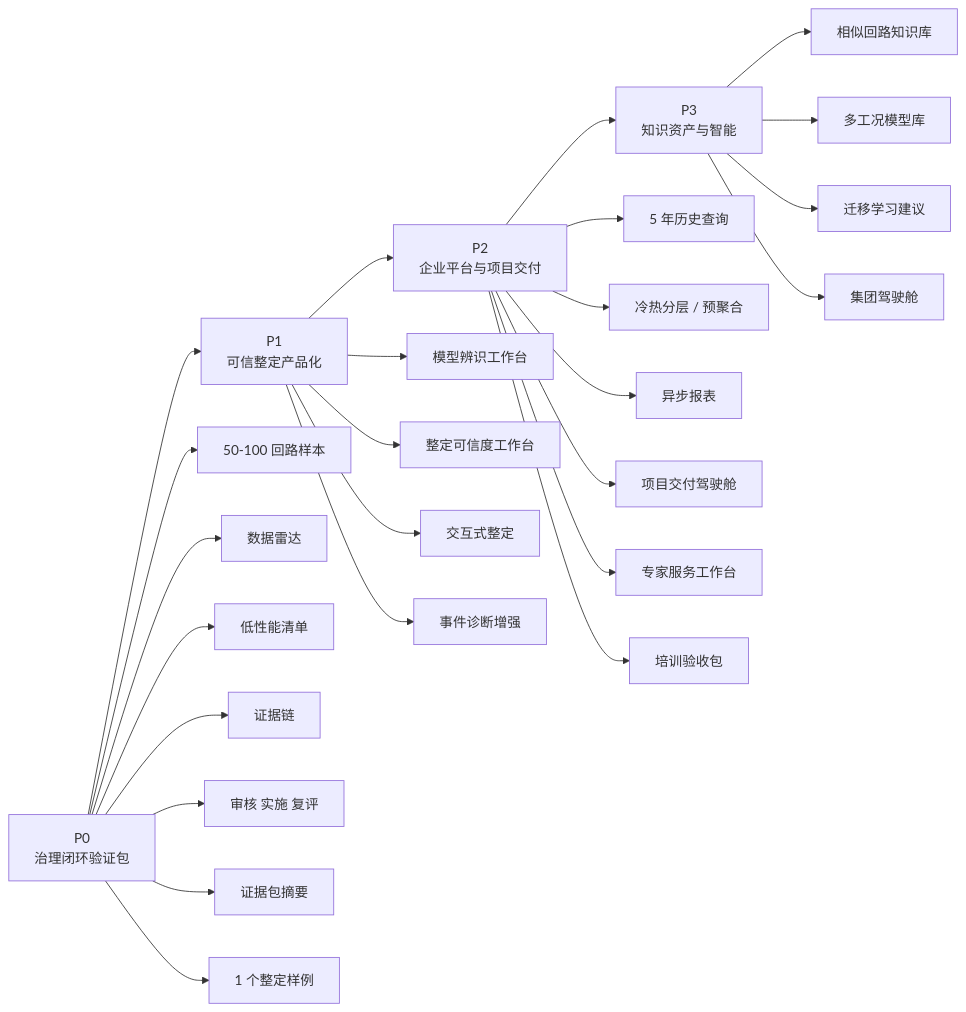
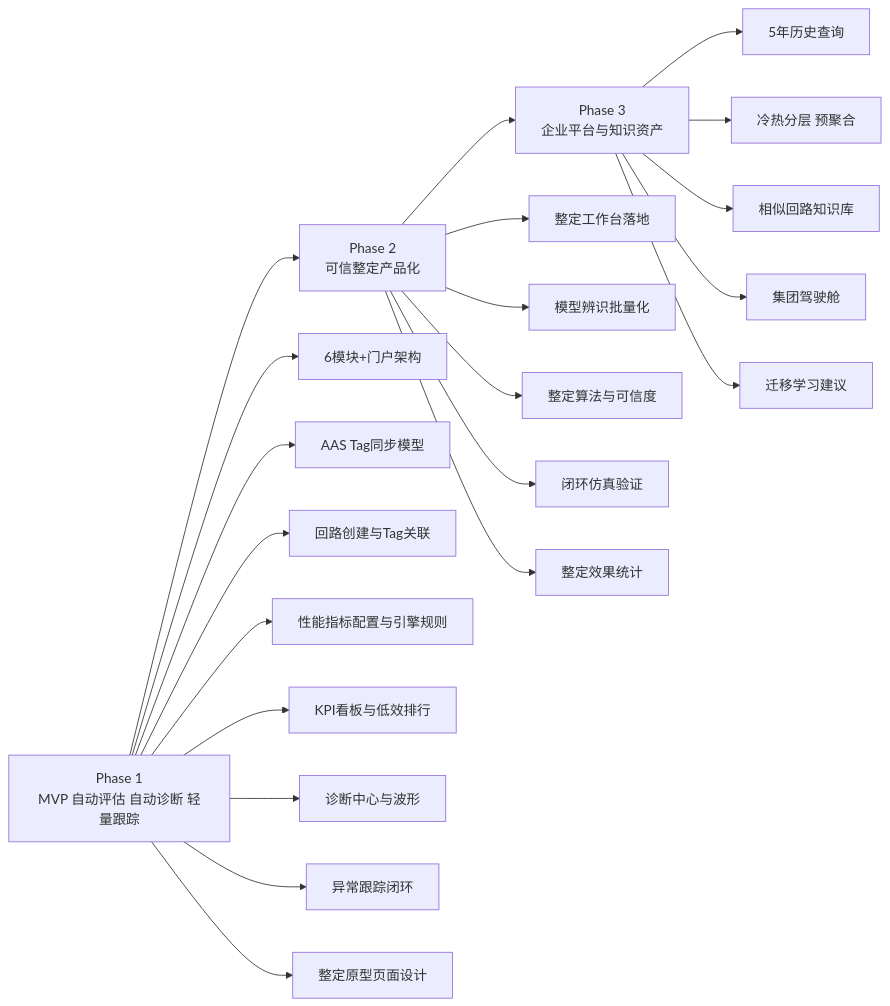
Before and after one commit to hlszp/CLPM-MVP: the diagram in diagrams/clpm-version-roadmap.mmd, drawn with Mermaid. The commit also changed 33 other files, not shown here.

First line of the commit message:
docs: redraw architecture diagrams to v3.0/v4.0 baseline

```diff
--- a/diagrams/clpm-version-roadmap.mmd
+++ b/diagrams/clpm-version-roadmap.mmd
@@ -1,29 +1,25 @@
+%% 版本路线图（对齐 v3.0/v4.0 基线，2026-06-21）
 graph LR
-    A[P0\n治理闭环验证包] --> B[P1\n可信整定产品化]
-    B --> C[P2\n企业平台与项目交付]
-    C --> D[P3\n知识资产与智能]
+    A[Phase 1\nMVP 自动评估 自动诊断 轻量跟踪] --> B[Phase 2\n可信整定产品化]
+    B --> C[Phase 3\n企业平台与知识资产]
 
-    A --> A1[50-100 回路样本]
-    A --> A2[数据雷达]
-    A --> A3[低性能清单]
-    A --> A4[证据链]
-    A --> A5[审核 实施 复评]
-    A --> A6[证据包摘要]
-    A --> A7[1 个整定样例]
+    A --> A1[6模块+门户架构]
+    A --> A2[AAS Tag同步模型]
+    A --> A3[回路创建与Tag关联]
+    A --> A4[性能指标配置与引擎规则]
+    A --> A5[KPI看板与低效排行]
+    A --> A6[诊断中心与波形]
+    A --> A7[异常跟踪闭环]
+    A --> A8[整定原型页面设计]
 
-    B --> B1[模型辨识工作台]
-    B --> B2[整定可信度工作台]
-    B --> B3[交互式整定]
-    B --> B4[事件诊断增强]
+    B --> B1[整定工作台落地]
+    B --> B2[模型辨识批量化]
+    B --> B3[整定算法与可信度]
+    B --> B4[闭环仿真验证]
+    B --> B5[整定效果统计]
 
-    C --> C1[5 年历史查询]
-    C --> C2[冷热分层 / 预聚合]
-    C --> C3[异步报表]
-    C --> C4[项目交付驾驶舱]
-    C --> C5[专家服务工作台]
-    C --> C6[培训验收包]
-
-    D --> D1[相似回路知识库]
-    D --> D2[多工况模型库]
-    D --> D3[迁移学习建议]
-    D --> D4[集团驾驶舱]
+    C --> C1[5年历史查询]
+    C --> C2[冷热分层 预聚合]
+    C --> C3[相似回路知识库]
+    C --> C4[集团驾驶舱]
+    C --> C5[迁移学习建议]
```
